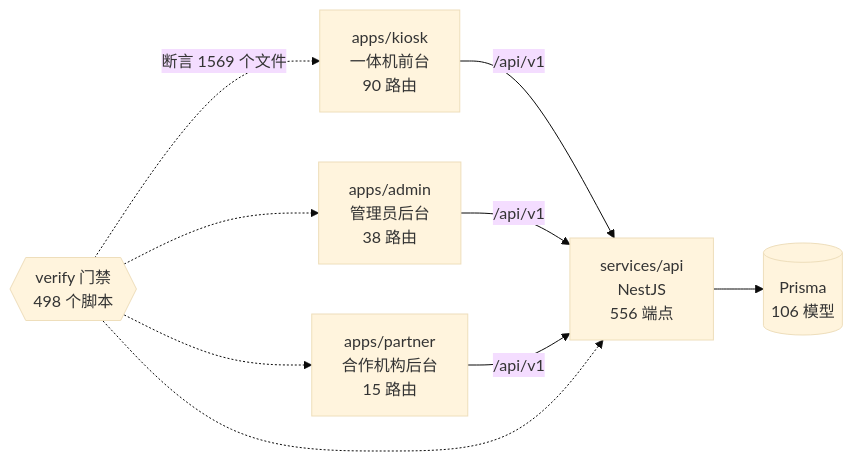
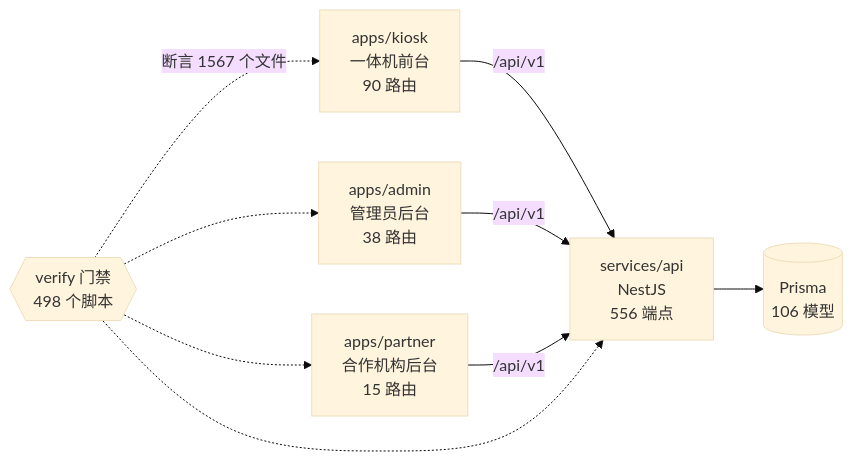
Before and after one commit to wanglei581/YITIJI: the diagram in docs/graph/README.md, drawn with Mermaid (base theme). The commit also changed other lines of this file and 2 other files, not shown here.

Commit message:
docs(graph): regenerate after D4

````diff
--- a/docs/graph/README.md
+++ b/docs/graph/README.md
@@ -68,18 +68,18 @@
 ```mermaid
 flowchart LR
   kiosk["apps/kiosk<br/>一体机前台<br/>90 路由"]
   admin["apps/admin<br/>管理员后台<br/>38 路由"]
   partner["apps/partner<br/>合作机构后台<br/>15 路由"]
   api["services/api<br/>NestJS<br/>556 端点"]
   db[("Prisma<br/>106 模型")]
   gates{{"verify 门禁<br/>498 个脚本"}}
 
   kiosk -->|"/api/v1"| api
   admin -->|"/api/v1"| api
   partner -->|"/api/v1"| api
   api --> db
-  gates -.->|"断言 1569 个文件"| kiosk
+  gates -.->|"断言 1567 个文件"| kiosk
   gates -.-> admin
   gates -.-> partner
   gates -.-> api
 ```
````
